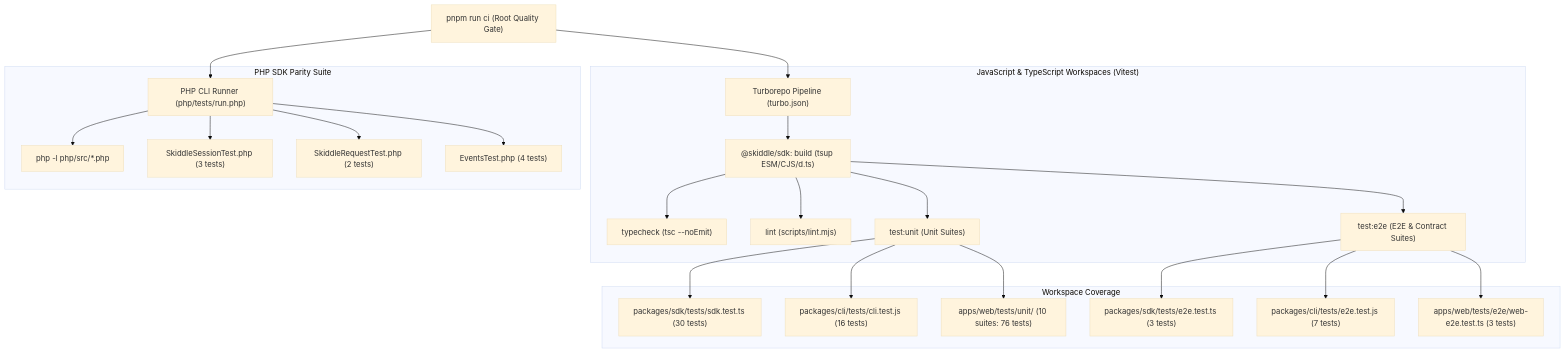
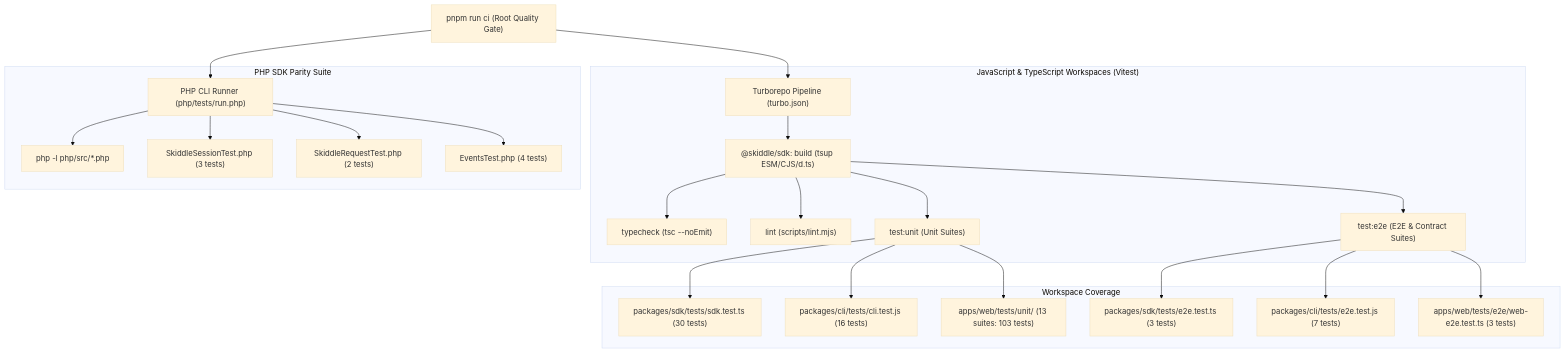
The diagram in docs/04-testing-and-verification.md (goldlabelapps/skiddle), drawn with Mermaid (base theme) before and after one commit. The commit also changed other lines of this file and 7 other files, not shown here.

````diff
--- a/docs/04-testing-and-verification.md
+++ b/docs/04-testing-and-verification.md
@@ -22,30 +22,30 @@
 ```mermaid
 flowchart TD
     Root["pnpm run ci (Root Quality Gate)"] --> Turbo["Turborepo Pipeline (turbo.json)"]
     Root --> PHP["PHP CLI Runner (php/tests/run.php)"]
 
     subgraph JS_TS ["JavaScript & TypeScript Workspaces (Vitest)"]
         Turbo --> SDK_Build["@skiddle/sdk: build (tsup ESM/CJS/d.ts)"]
         SDK_Build --> Typecheck["typecheck (tsc --noEmit)"]
         SDK_Build --> Lint["lint (scripts/lint.mjs)"]
         SDK_Build --> Unit["test:unit (Unit Suites)"]
         SDK_Build --> E2E["test:e2e (E2E & Contract Suites)"]
     end
 
     subgraph Packages ["Workspace Coverage"]
         Unit --> SDK_U["packages/sdk/tests/sdk.test.ts (30 tests)"]
         Unit --> CLI_U["packages/cli/tests/cli.test.js (16 tests)"]
-        Unit --> Web_U["apps/web/tests/unit/ (10 suites: 76 tests)"]
+        Unit --> Web_U["apps/web/tests/unit/ (13 suites: 103 tests)"]
 
         E2E --> SDK_E["packages/sdk/tests/e2e.test.ts (3 tests)"]
         E2E --> CLI_E["packages/cli/tests/e2e.test.js (7 tests)"]
         E2E --> Web_E["apps/web/tests/e2e/web-e2e.test.ts (3 tests)"]
     end
 
     subgraph PHP_Suite ["PHP SDK Parity Suite"]
         PHP --> PHP_Syntax["php -l php/src/*.php"]
         PHP --> PHP_Session["SkiddleSessionTest.php (3 tests)"]
         PHP --> PHP_Req["SkiddleRequestTest.php (2 tests)"]
         PHP --> PHP_Events["EventsTest.php (4 tests)"]
     end
 ```
````
